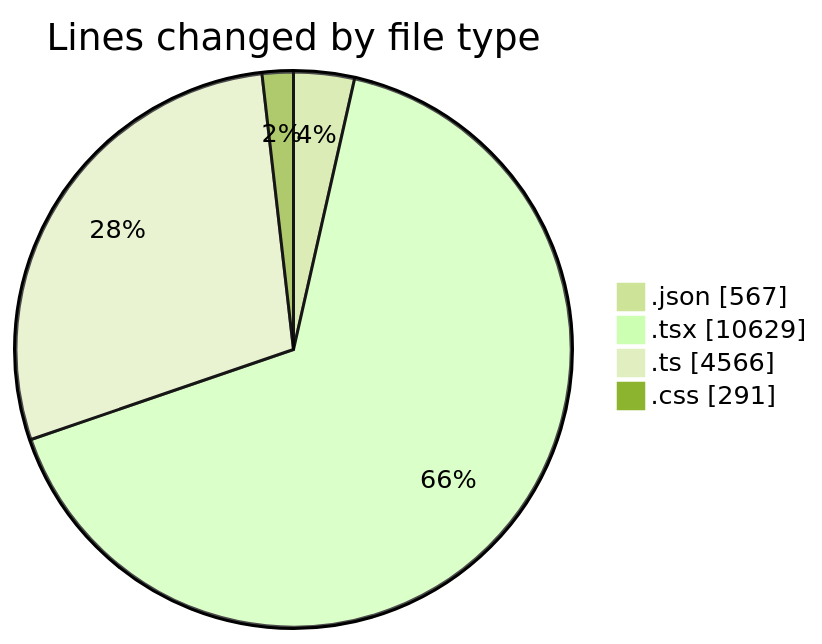
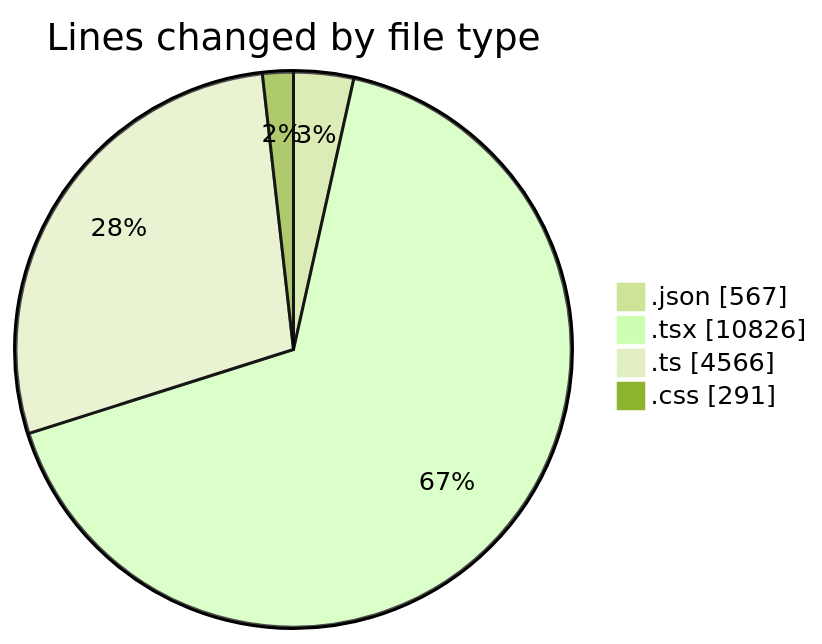
One commit to julien-gomy/code-tracking changed the first of 2 diagrams in 2025-10-07/eventscop-frontend-guide__workspace_/README.md. Above: the diagram before and after it, drawn with Mermaid (forest theme). The commit also changed other lines of this file and 1 other file, not shown here.

````diff
--- a/2025-10-07/eventscop-frontend-guide__workspace_/README.md
+++ b/2025-10-07/eventscop-frontend-guide__workspace_/README.md
@@ -95,8 +95,8 @@
 ```mermaid
 pie showData
 title Lines changed by file type
 ".json" : 567
-".tsx" : 10629
+".tsx" : 10826
 ".ts" : 4566
 ".css" : 291
 ```
````
